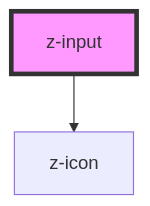
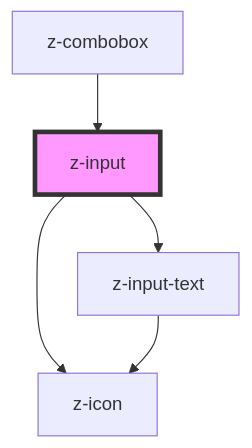
One commit to ZanichelliEditore/design-system changed the diagram in web-components-library/src/components/z-input/readme.md. Above: the diagram before and after it, drawn with Mermaid. The commit also changed other lines of this file and 7 other files, not shown here.

````diff
--- a/web-components-library/src/components/z-input/readme.md
+++ b/web-components-library/src/components/z-input/readme.md
@@ -43,5 +55,8 @@
 ```mermaid
 graph TD;
   z-input --> z-icon
+  z-input --> z-input-text
+  z-input-text --> z-icon
+  z-combobox --> z-input
   style z-input fill:#f9f,stroke:#333,stroke-width:4px
 ```
````
